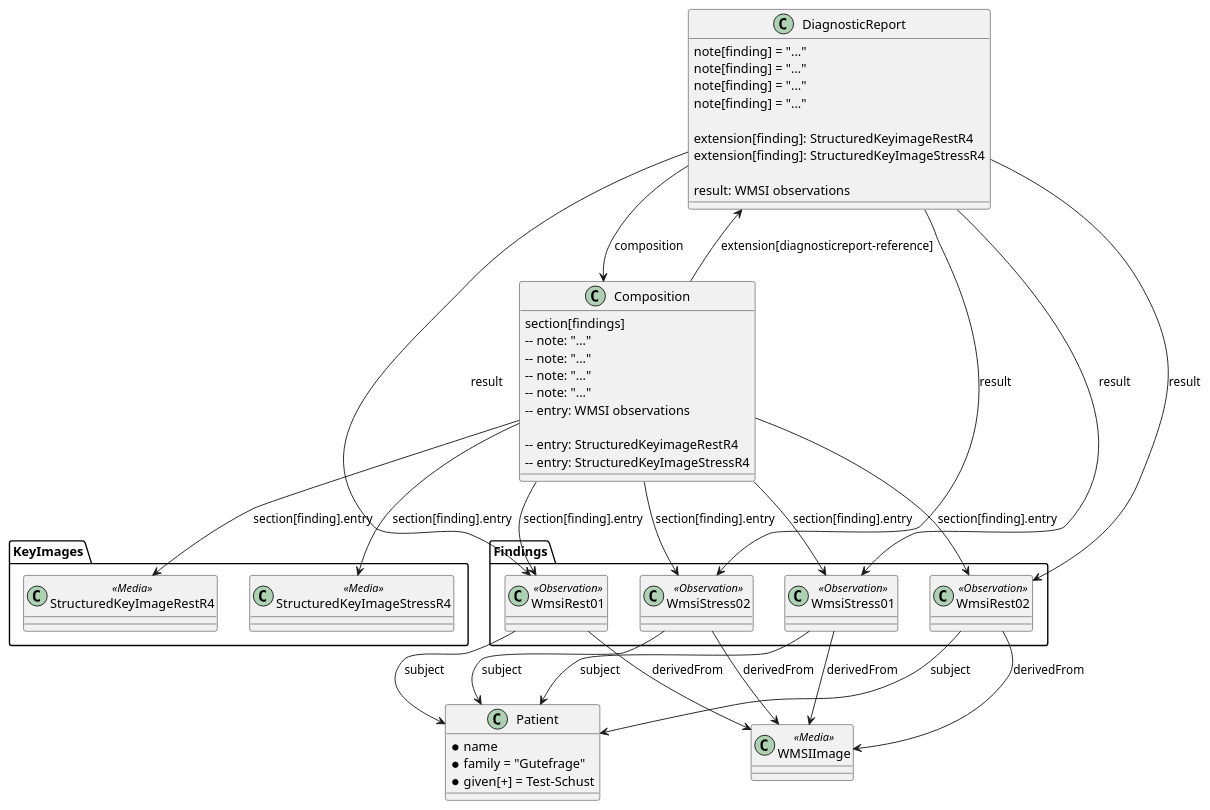
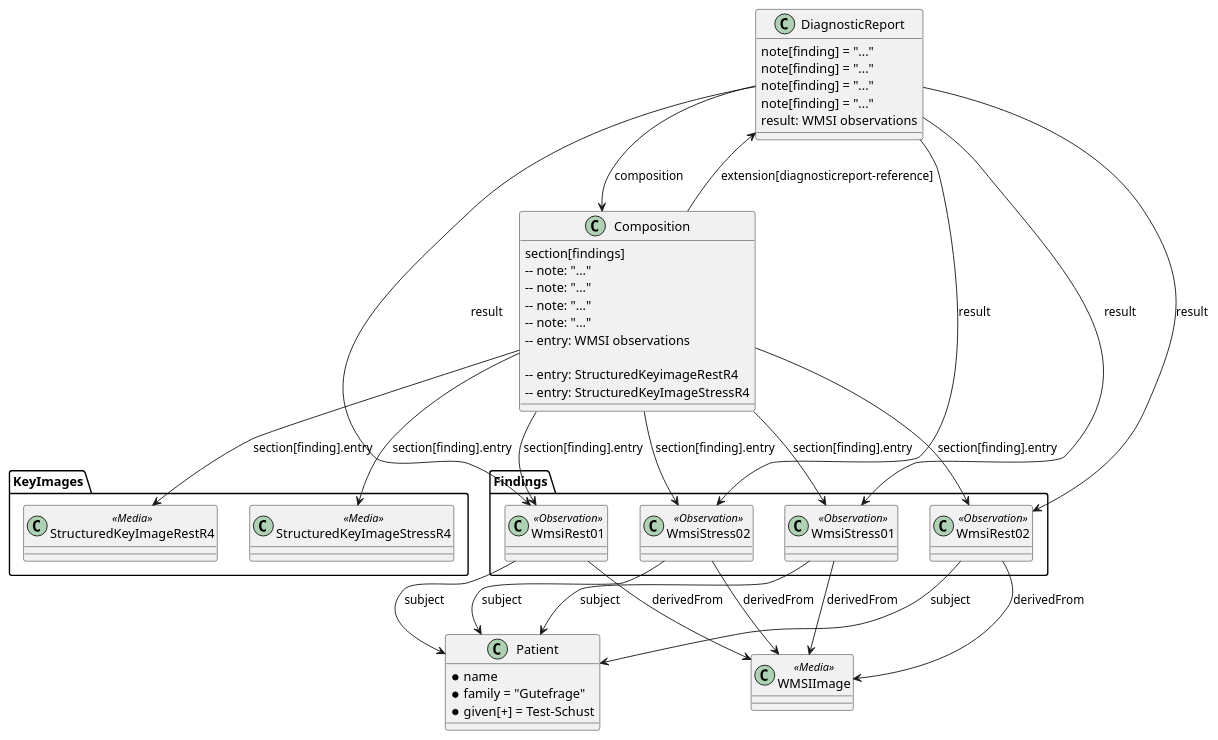
The diagram in input/images-source/example-structured-findings.plantuml (hl7-eu/imaging-r4), drawn with PlantUML before and after one commit. The commit also changed 18 other files, not shown here.

First line of the commit message:
FHIR-59225: Remove DiagnosticReport finding extension

```diff
--- a/input/images-source/example-structured-findings.plantuml
+++ b/input/images-source/example-structured-findings.plantuml
@@ -1,77 +1,73 @@
 @startuml
 
     package Findings {
         class WmsiRest01 <<Observation>> [[./Observation-RestWmsi01.html]]
         class WmsiRest02 <<Observation>> [[./Observation-RestWmsi02.html]]
         class WmsiStress01 <<Observation>> [[./Observation-StressWmsi01.html]]
         class WmsiStress02 <<Observation>> [[./Observation-StressWmsi02.html]]
     }
     package KeyImages {
 
         class StructuredKeyImageRestR4 <<Media>> [[./Media-StructuredKeyImageRestR4.html]]
         class StructuredKeyImageStressR4 <<Media>> [[./Media-StructuredKeyImageStressR4.html]]
 
     }
  
     WmsiRest01 --> Patient: subject
     WmsiRest01 --> WMSIImage: derivedFrom
     WmsiStress01 --> Patient: subject
     WmsiStress01 --> WMSIImage: derivedFrom
     WmsiRest02 --> Patient: subject
     WmsiRest02 --> WMSIImage: derivedFrom
     WmsiStress02 --> Patient: subject
     WmsiStress02 --> WMSIImage: derivedFrom
 
 
     class WMSIImage <<Media>>
 
 
     DiagnosticReport --> Composition: composition
     DiagnosticReport --> WmsiRest01: result
     DiagnosticReport --> WmsiRest02: result
     DiagnosticReport --> WmsiStress01: result
     DiagnosticReport --> WmsiStress02: result
 
     Composition --> DiagnosticReport: extension[diagnosticreport-reference]
     Composition --> WmsiRest01: section[finding].entry
     Composition --> WmsiRest02: section[finding].entry
     Composition --> WmsiStress01: section[finding].entry
     Composition --> WmsiStress02: section[finding].entry
 
     Composition --> StructuredKeyImageStressR4: section[finding].entry
     Composition --> StructuredKeyImageRestR4: section[finding].entry
 
 
     class Patient{
         * name 
           * family = "Gutefrage"
           * given[+] = Test-Schust
     }
 
     class Composition [[./Composition-CompositionStructured.html]] {
         section[findings]
         -- note: "..."
         -- note: "..."
         -- note: "..."
         -- note: "..."
         -- entry: WMSI observations
     
         -- entry: StructuredKeyimageRestR4
         -- entry: StructuredKeyImageStressR4
     
     }
 
     class DiagnosticReport [[./DiagnosticReport-DiagnosticReportStructured.html]] {
         note[finding] = "..."
         note[finding] = "..."
         note[finding] = "..."
         note[finding] = "..."
-    
-        extension[finding]: StructuredKeyimageRestR4
-        extension[finding]: StructuredKeyImageStressR4
-    
         result: WMSI observations
     }
 
     
 @enduml
```
